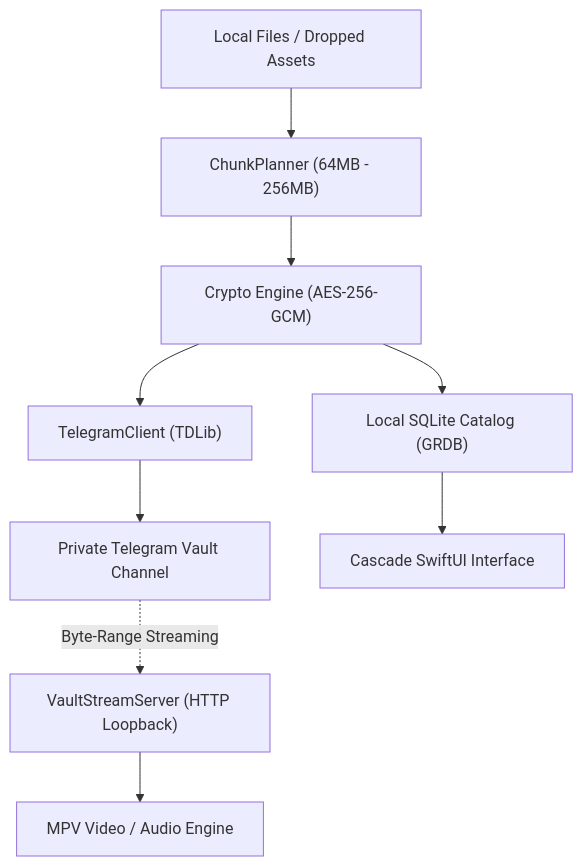
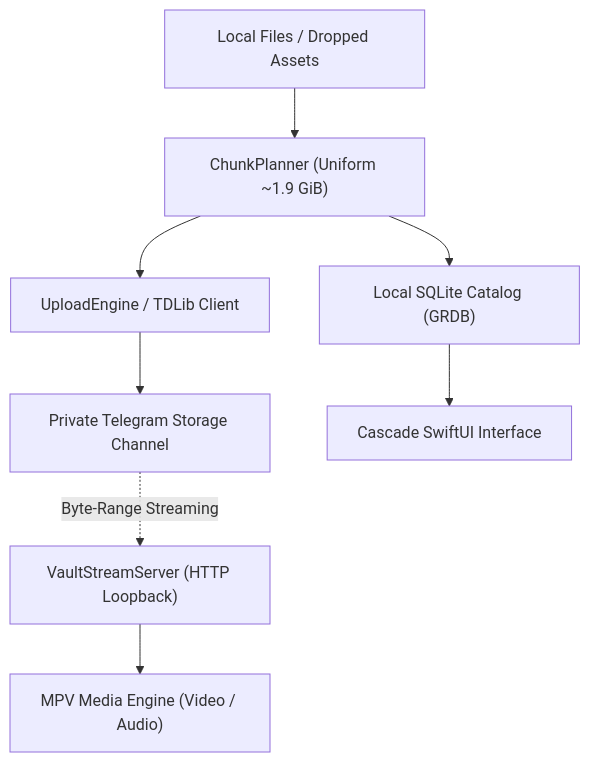
One commit to entanglon/cascade changed the diagram in README.md. Above: the diagram before and after it, drawn with Mermaid. The commit also changed other lines of this file and 45 other files, not shown here.

Commit message:
chore: purge internal docs, legacy assets, and update README architecture to ~1.9 GiB chunking

````diff
--- a/README.md
+++ b/README.md
@@ -63,13 +63,12 @@
 ```mermaid
 graph TD
-    A["Local Files / Dropped Assets"] --> B["ChunkPlanner (64MB - 256MB)"]
-    B --> C["Crypto Engine (AES-256-GCM)"]
-    C --> D["TelegramClient (TDLib)"]
-    D --> E["Private Telegram Vault Channel"]
+    A["Local Files / Dropped Assets"] --> B["ChunkPlanner (Uniform ~1.9 GiB)"]
+    B --> C["UploadEngine / TDLib Client"]
+    C --> D["Private Telegram Storage Channel"]
 
-    E -.->|Byte-Range Streaming| F["VaultStreamServer (HTTP Loopback)"]
-    F --> G["MPV Video / Audio Engine"]
+    D -.->|Byte-Range Streaming| E["VaultStreamServer (HTTP Loopback)"]
+    E --> F["MPV Media Engine (Video / Audio)"]
     
-    C --> H["Local SQLite Catalog (GRDB)"]
-    H --> I["Cascade SwiftUI Interface"]
+    B --> G["Local SQLite Catalog (GRDB)"]
+    G --> H["Cascade SwiftUI Interface"]
 ```
````
